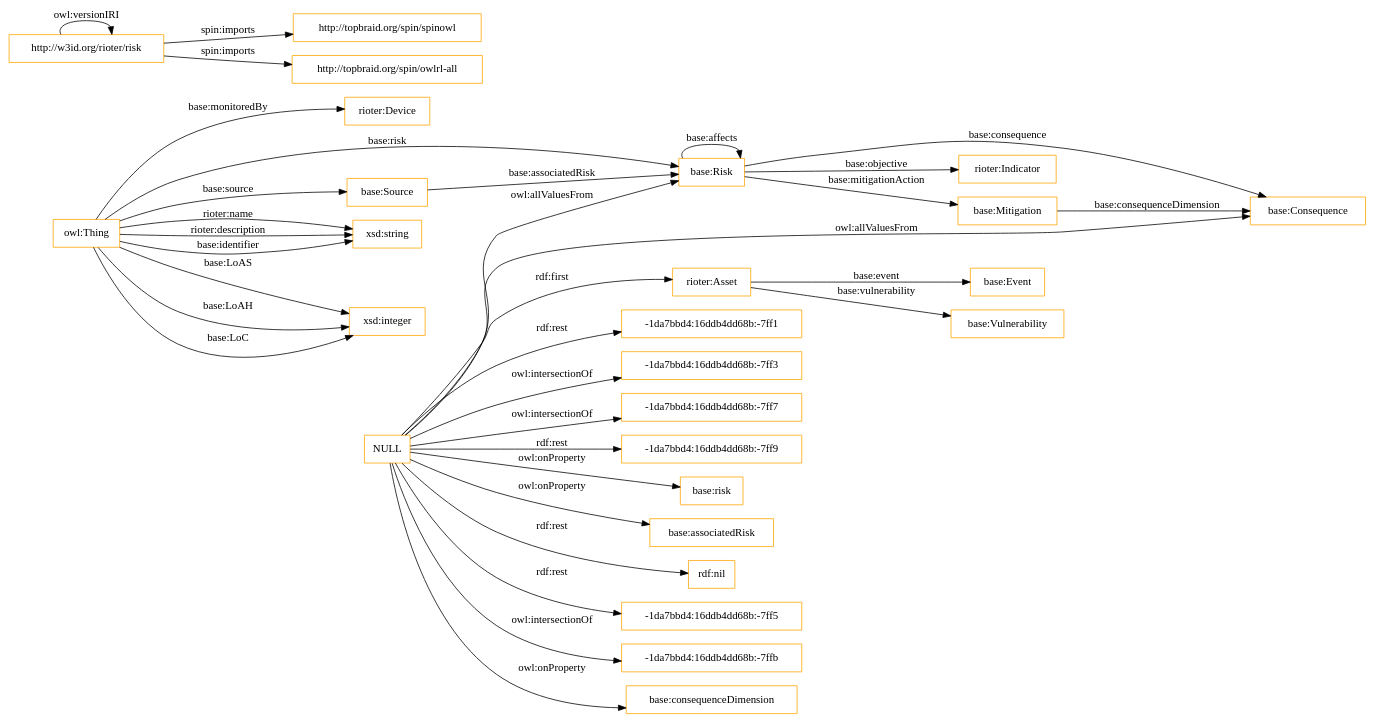
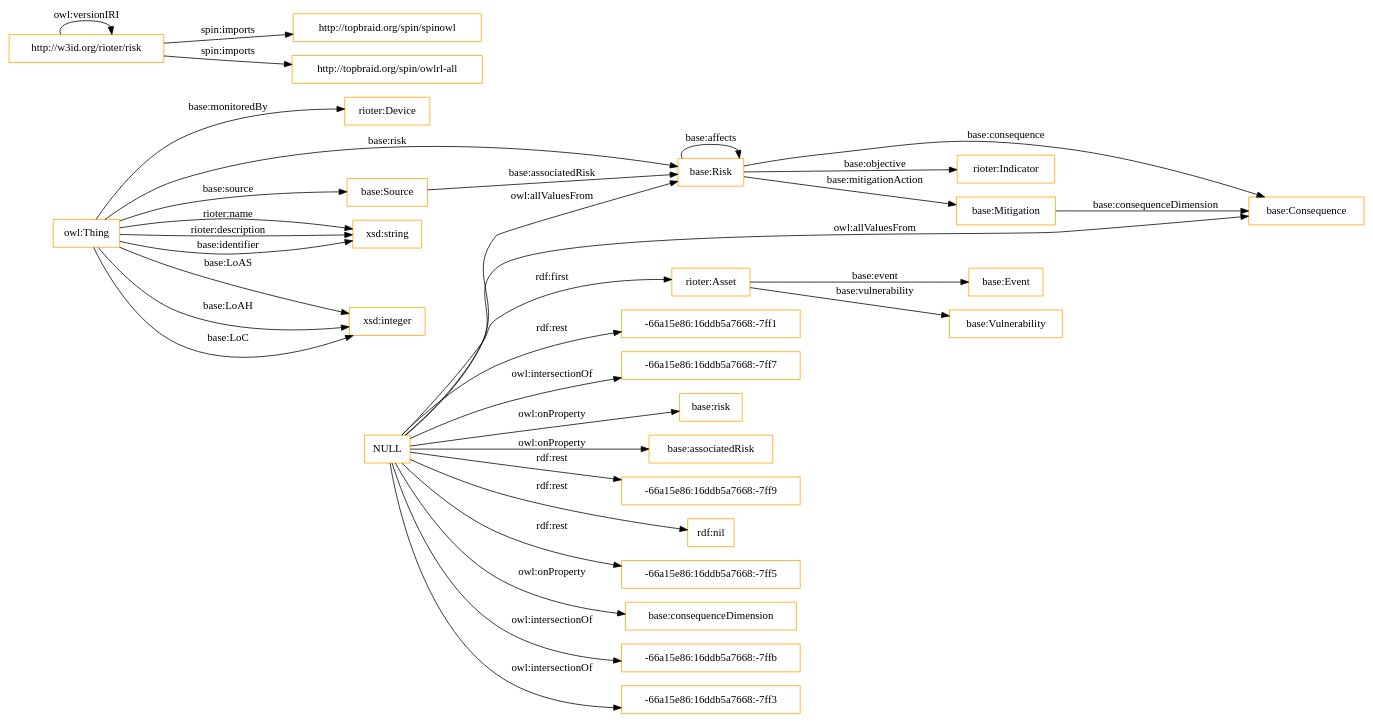
One commit to OnToologyUser/risk-ontology changed the diagram in OnToology/risk.owl/diagrams/ar2dtool-class/risk.owl.png.dot. Above: the diagram before and after it, drawn with Graphviz. The commit also changed 5 other files, not shown here.

```diff
--- a/OnToology/risk.owl/diagrams/ar2dtool-class/risk.owl.png.dot
+++ b/OnToology/risk.owl/diagrams/ar2dtool-class/risk.owl.png.dot
@@ -1,39 +1,39 @@
 digraph ar2dtool_diagram { 
 rankdir=LR;
 size="1501"
 node [shape = rectangle, color="orange"]; "rioter:Device" "base:Consequence" "base:Risk" "rioter:Asset" "base:Source" "base:Event" "rioter:Indicator" "base:Vulnerability" "base:Mitigation" ; /*classes style*/
-	"NULL" -> "-1da7bbd4:16ddb4dd68b:-7ff1" [ label = "rdf:rest" ];
 	"NULL" -> "base:Risk" [ label = "owl:allValuesFrom" ];
-	"NULL" -> "-1da7bbd4:16ddb4dd68b:-7ff3" [ label = "owl:intersectionOf" ];
-	"NULL" -> "-1da7bbd4:16ddb4dd68b:-7ff7" [ label = "owl:intersectionOf" ];
-	"NULL" -> "-1da7bbd4:16ddb4dd68b:-7ff9" [ label = "rdf:rest" ];
+	"NULL" -> "-66a15e86:16ddb5a7668:-7ff1" [ label = "rdf:rest" ];
+	"NULL" -> "-66a15e86:16ddb5a7668:-7ff7" [ label = "owl:intersectionOf" ];
 	"NULL" -> "base:risk" [ label = "owl:onProperty" ];
 	"NULL" -> "base:associatedRisk" [ label = "owl:onProperty" ];
 	"NULL" -> "rioter:Asset" [ label = "rdf:first" ];
+	"NULL" -> "-66a15e86:16ddb5a7668:-7ff9" [ label = "rdf:rest" ];
 	"NULL" -> "rdf:nil" [ label = "rdf:rest" ];
-	"NULL" -> "-1da7bbd4:16ddb4dd68b:-7ff5" [ label = "rdf:rest" ];
-	"NULL" -> "-1da7bbd4:16ddb4dd68b:-7ffb" [ label = "owl:intersectionOf" ];
 	"NULL" -> "base:Consequence" [ label = "owl:allValuesFrom" ];
+	"NULL" -> "-66a15e86:16ddb5a7668:-7ff5" [ label = "rdf:rest" ];
 	"NULL" -> "base:consequenceDimension" [ label = "owl:onProperty" ];
+	"NULL" -> "-66a15e86:16ddb5a7668:-7ffb" [ label = "owl:intersectionOf" ];
+	"NULL" -> "-66a15e86:16ddb5a7668:-7ff3" [ label = "owl:intersectionOf" ];
 	"http://w3id.org/rioter/risk" -> "http://topbraid.org/spin/spinowl" [ label = "spin:imports" ];
 	"http://w3id.org/rioter/risk" -> "http://w3id.org/rioter/risk" [ label = "owl:versionIRI" ];
 	"http://w3id.org/rioter/risk" -> "http://topbraid.org/spin/owlrl-all" [ label = "spin:imports" ];
 	"owl:Thing" -> "base:Risk" [ label = "base:risk" ];
 	"owl:Thing" -> "xsd:string" [ label = "rioter:name" ];
 	"rioter:Asset" -> "base:Event" [ label = "base:event" ];
 	"rioter:Asset" -> "base:Vulnerability" [ label = "base:vulnerability" ];
 	"owl:Thing" -> "xsd:integer" [ label = "base:LoAS" ];
 	"owl:Thing" -> "xsd:string" [ label = "rioter:description" ];
 	"base:Risk" -> "rioter:Indicator" [ label = "base:objective" ];
 	"owl:Thing" -> "xsd:string" [ label = "base:identifier" ];
 	"base:Risk" -> "base:Risk" [ label = "base:affects" ];
 	"owl:Thing" -> "base:Source" [ label = "base:source" ];
 	"base:Risk" -> "base:Consequence" [ label = "base:consequence" ];
 	"owl:Thing" -> "xsd:integer" [ label = "base:LoAH" ];
 	"base:Source" -> "base:Risk" [ label = "base:associatedRisk" ];
 	"base:Mitigation" -> "base:Consequence" [ label = "base:consequenceDimension" ];
 	"owl:Thing" -> "rioter:Device" [ label = "base:monitoredBy" ];
 	"owl:Thing" -> "xsd:integer" [ label = "base:LoC" ];
 	"base:Risk" -> "base:Mitigation" [ label = "base:mitigationAction" ];
 
 }
```
